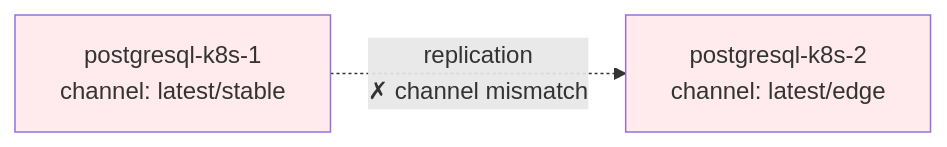
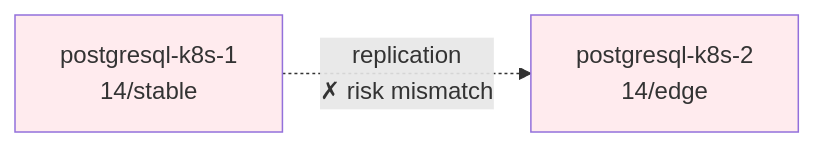
One commit to canonical/charm-integration-testing changed diagram 15 of 18 in docs/reference/charm-deployment-constraints.rst. Above: the diagram before and after it, drawn with Mermaid. The commit also changed other lines of this file, not shown here.

```diff
--- a/docs/reference/charm-deployment-constraints.rst
+++ b/docs/reference/charm-deployment-constraints.rst
@@ -359,10 +365,10 @@
 .. mermaid::
 
    graph LR
-       pg1[postgresql-k8s-1<br/>channel: latest/stable]
-       pg2[postgresql-k8s-2<br/>channel: latest/edge]
+       pg1[postgresql-k8s-1<br/>14/stable]
+       pg2[postgresql-k8s-2<br/>14/edge]
        
-       pg1 -.->|replication<br/>✗ channel mismatch| pg2
+       pg1 -.->|replication<br/>✗ risk mismatch| pg2
        
        style pg1 fill:#ffebee
        style pg2 fill:#ffebee
```
